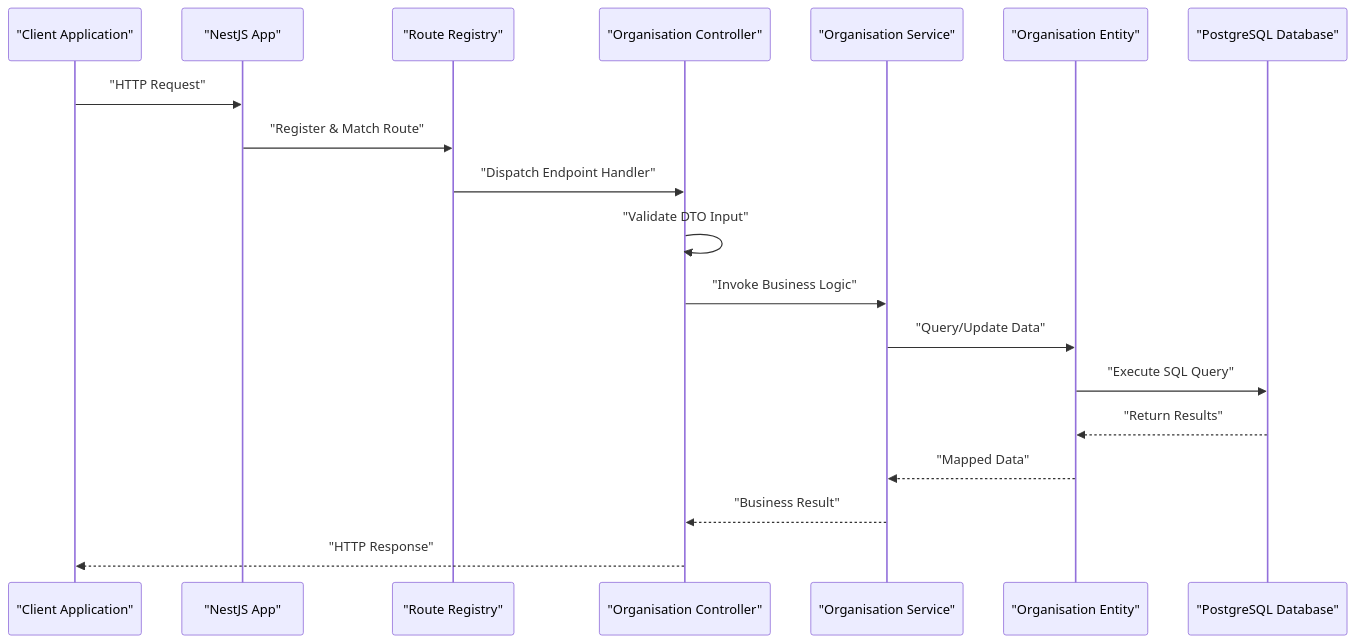
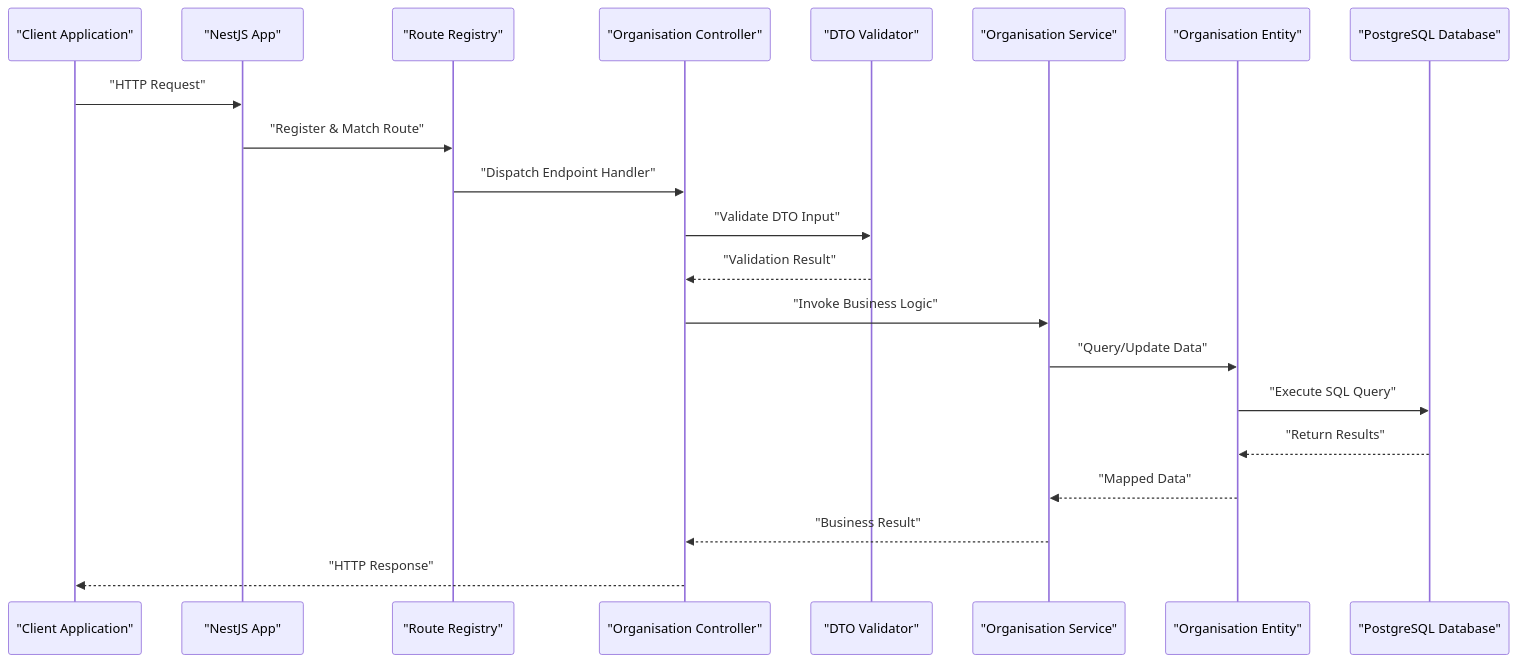
The second of 4 diagrams in .qoder/repowiki/en/content/Human Resources Management/Organization Module Architecture.md (franckylab/eLISAschool), drawn with Mermaid before and after one commit. The commit also changed other lines of this file and 188 other files, not shown here.

````diff
--- a/.qoder/repowiki/en/content/Human Resources Management/Organization Module Architecture.md
+++ b/.qoder/repowiki/en/content/Human Resources Management/Organization Module Architecture.md
@@ -132,21 +144,23 @@
 ```mermaid
 sequenceDiagram
 participant Client as "Client Application"
 participant App as "NestJS App"
 participant Router as "Route Registry"
 participant Controller as "Organisation Controller"
+participant Validator as "DTO Validator"
 participant Service as "Organisation Service"
 participant Entity as "Organisation Entity"
 participant DB as "PostgreSQL Database"
 Client->>App : "HTTP Request"
 App->>Router : "Register & Match Route"
 Router->>Controller : "Dispatch Endpoint Handler"
-Controller->>Controller : "Validate DTO Input"
+Controller->>Validator : "Validate DTO Input"
+Validator-->>Controller : "Validation Result"
 Controller->>Service : "Invoke Business Logic"
 Service->>Entity : "Query/Update Data"
 Entity->>DB : "Execute SQL Query"
 DB-->>Entity : "Return Results"
 Entity-->>Service : "Mapped Data"
 Service-->>Controller : "Business Result"
 Controller-->>Client : "HTTP Response"
 ```
````
